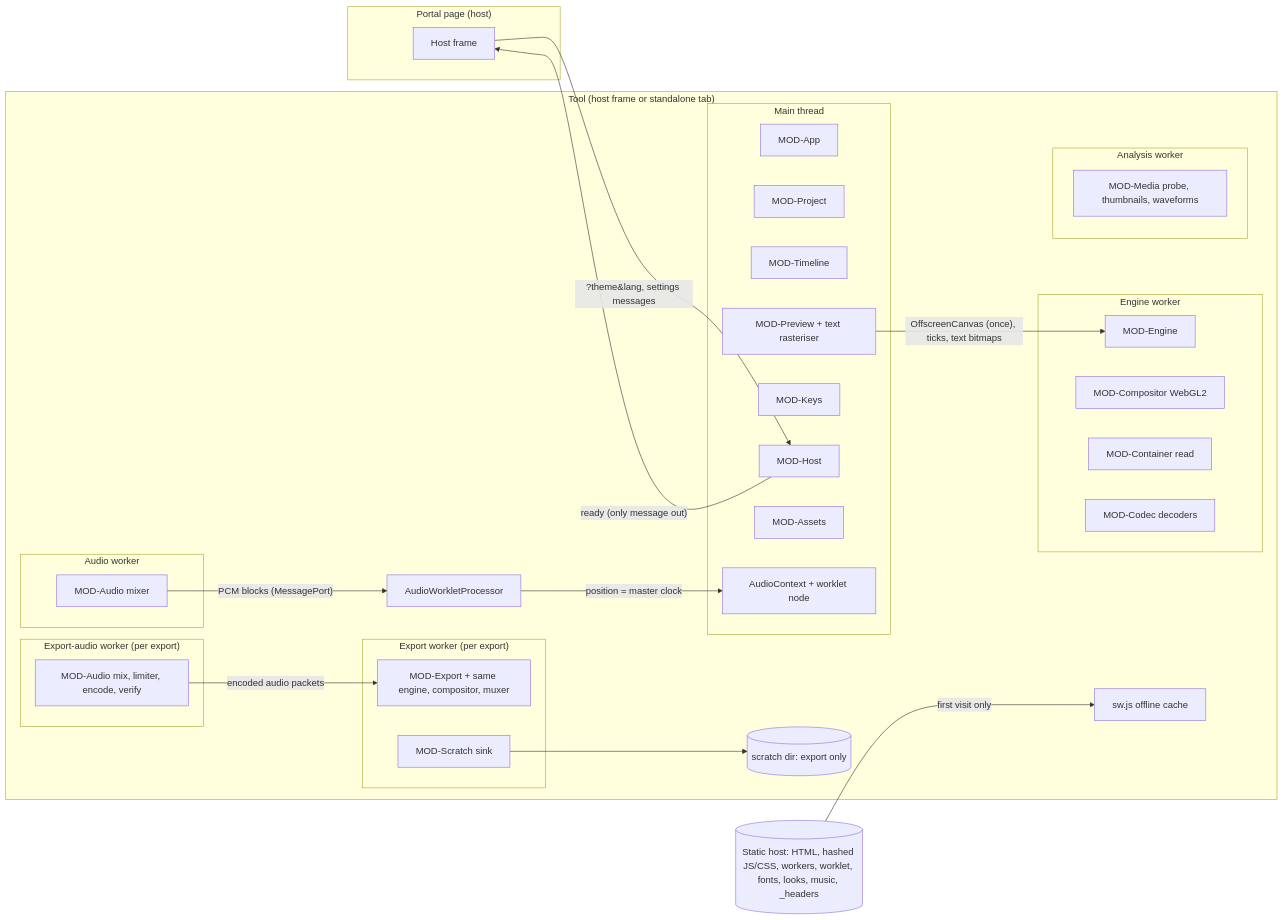
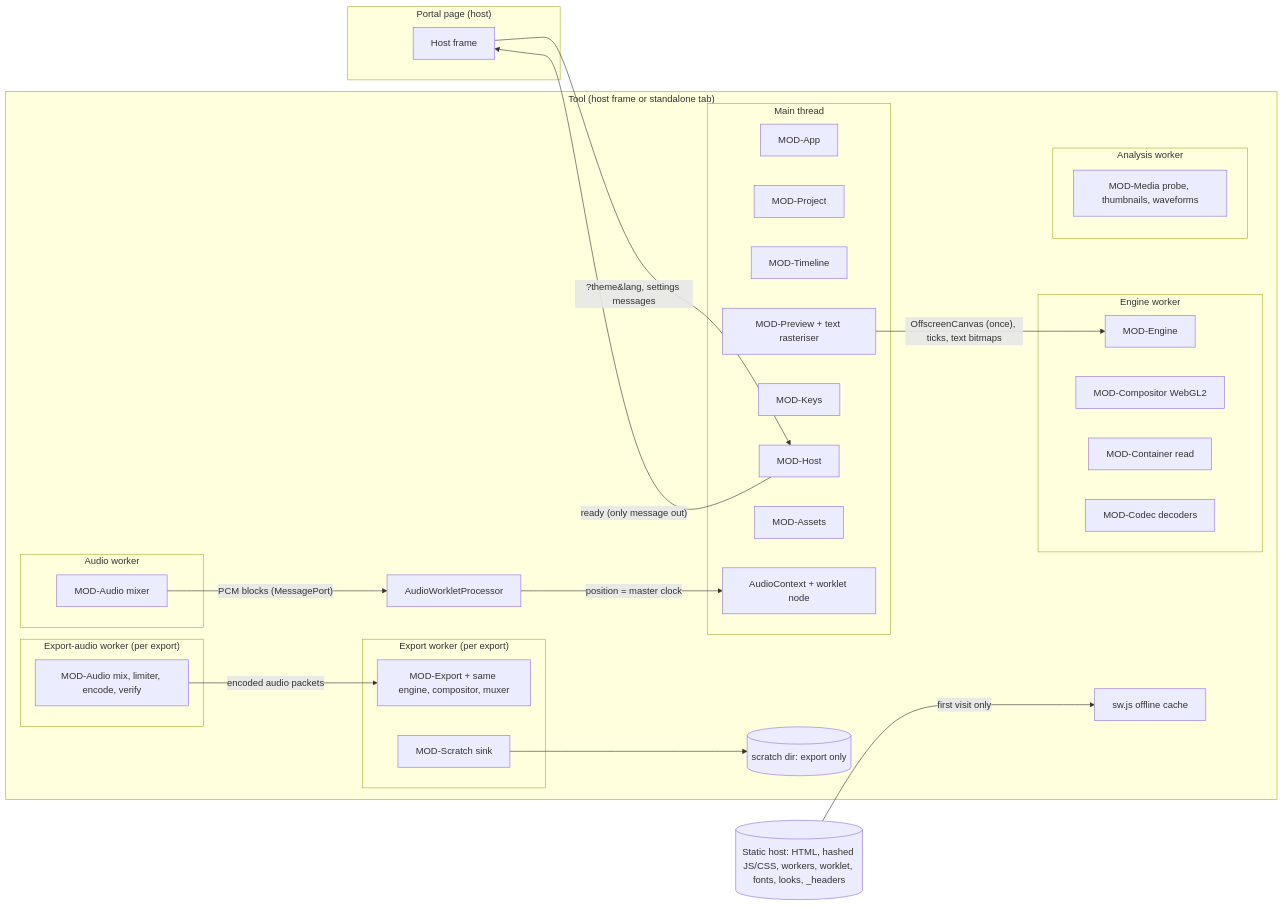
Before and after one commit to thanh-taro/clip-maker: the first of 2 diagrams in specs/40-technical/architecture.md, drawn with Mermaid. The commit also changed other lines of this file and 30 other files, not shown here.

````diff
--- a/specs/40-technical/architecture.md
+++ b/specs/40-technical/architecture.md
@@ -51,49 +51,49 @@
 ```mermaid
 flowchart LR
   subgraph Portal["Portal page (host)"]
     HF[Host frame]
   end
   subgraph Tool["Tool (host frame or standalone tab)"]
     subgraph Main["Main thread"]
       APP[MOD-App]
       PRJ[MOD-Project]
       TL[MOD-Timeline]
       PV[MOD-Preview + text rasteriser]
       KY[MOD-Keys]
       HO[MOD-Host]
       AS[MOD-Assets]
       AC[AudioContext + worklet node]
     end
     subgraph EW["Engine worker"]
       EN[MOD-Engine]
       CMP[MOD-Compositor WebGL2]
       CO1[MOD-Container read]
       CD1[MOD-Codec decoders]
     end
     subgraph AW["Audio worker"]
       AU[MOD-Audio mixer]
     end
     subgraph NW["Analysis worker"]
       ME[MOD-Media probe, thumbnails, waveforms]
     end
     subgraph XW["Export worker (per export)"]
       EX[MOD-Export + same engine, compositor, muxer]
       SC[MOD-Scratch sink]
     end
     subgraph XA["Export-audio worker (per export)"]
       XAU[MOD-Audio mix, limiter, encode, verify]
     end
     WL[AudioWorkletProcessor]
     SW[sw.js offline cache]
     OPFS[(scratch dir: export only)]
   end
-  CDN[(Static host: HTML, hashed JS/CSS, workers, worklet, fonts, looks, music, _headers)]
+  CDN[(Static host: HTML, hashed JS/CSS, workers, worklet, fonts, looks, _headers)]
   HF -- "?theme&lang, settings messages" --> HO
   HO -- "ready (only message out)" --> HF
   CDN -- "first visit only" --> SW
   PV -- "OffscreenCanvas (once), ticks, text bitmaps" --> EN
   AU -- "PCM blocks (MessagePort)" --> WL
   WL -- "position = master clock" --> AC
   SC --> OPFS
   XAU -- "encoded audio packets" --> EX
 ```
````
